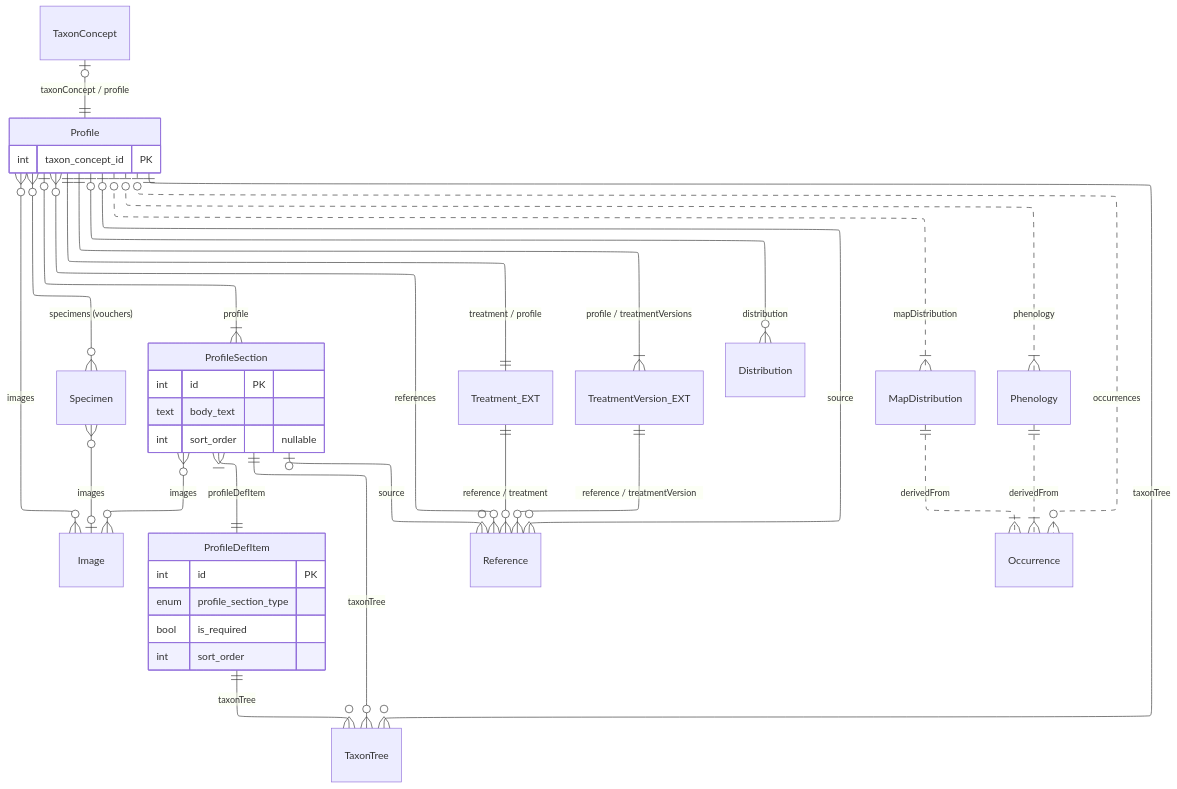
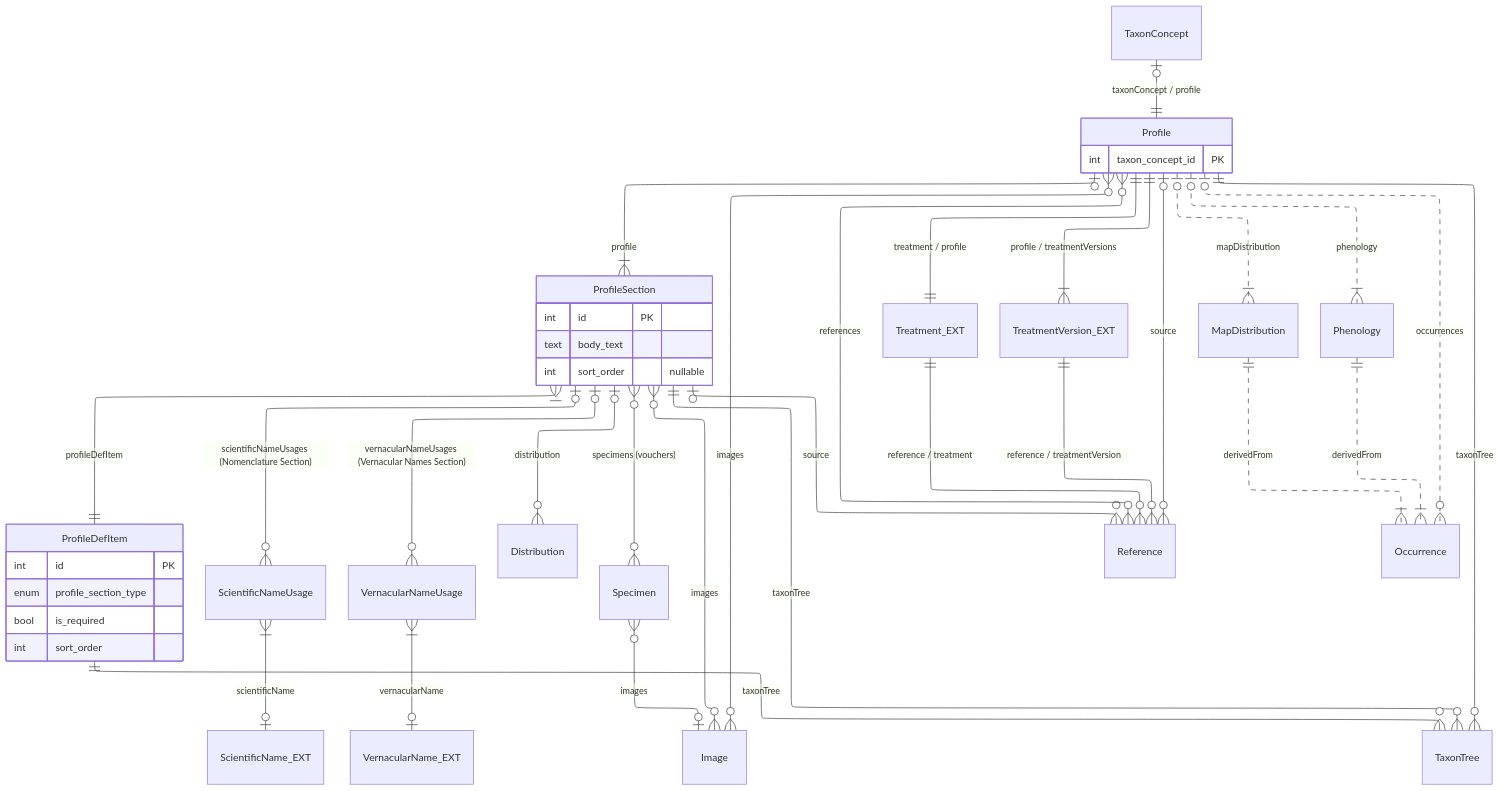
Before and after one commit to vicflora/vicflora-docs: the diagram in source/_mermaid/layer-5a-profile.mmd, drawn with Mermaid. The commit also changed 5 other files, not shown here.

```diff
--- a/source/_mermaid/layer-5a-profile.mmd
+++ b/source/_mermaid/layer-5a-profile.mmd
@@ -1,60 +1,68 @@
 ---
 config:
     layout: elk
 ---
 erDiagram
   TaxonConcept |o--|| Profile : "taxonConcept / profile"
 
-  %% Vouchers
-  Profile }o--o{ Specimen : "specimens (vouchers)"
-
-  %% Media
-  Specimen }o--o| Image : "images"
-  Profile }o--o{ Image : "images"
-  ProfileSection }o--o{ Image : "images"
-
   %% Sections
   Profile |o--|{ ProfileSection : "profile"
   ProfileSection }|--|| ProfileDefItem : "profileDefItem"
+
+  %% Nomenclature
+  ProfileSection |o--o{ ScientificNameUsage : "scientificNameUsages (Nomenclature Section)"
+  ScientificNameUsage }|--o| ScientificName_EXT : "scientificName"
+
+  %% Vernacular names
+  ProfileSection |o--o{ VernacularNameUsage : "vernacularNameUsages (Vernacular Names Section)"
+  VernacularNameUsage }|--o| VernacularName_EXT : "vernacularName"
+
+
+  %% Distribution
+  ProfileSection |o--o{ Distribution : "distribution"
+
+  %% Vouchers
+  ProfileSection }o--o{ Specimen : "specimens (vouchers)"
+  Specimen }o--o| Image : "images"
+
+  %% Media
+  Profile }o--o{ Image : "images"
+  ProfileSection }o--o{ Image : "images"
 
   %% References
   ProfileSection |o--o{ Reference : "source"
   Profile ||--|| Treatment_EXT : "treatment / profile"
   Treatment_EXT ||--o{ Reference : "reference / treatment" 
   Profile ||--|{ TreatmentVersion_EXT : "profile / treatmentVersions"
   TreatmentVersion_EXT ||--o{ Reference : "reference / treatmentVersion"
   Profile |o--o{ Reference : "source"
   Profile }o--o{ Reference : "references"
 
-  %% Distribution
-  Profile |o--o{ Distribution : "distribution"
+  %% Namespace
+  Profile ||--o{ TaxonTree : "taxonTree"
+  ProfileSection ||--o{ TaxonTree : "taxonTree"
+  ProfileDefItem ||--o{ TaxonTree : "taxonTree"
 
   %% Maps
-
   Profile |o..o{ Occurrence : "occurrences"
   Profile |o..|{ MapDistribution : "mapDistribution"
   Profile |o..|{ Phenology : "phenology"
   MapDistribution ||..|{ Occurrence : "derivedFrom"
   Phenology ||..|{ Occurrence : "derivedFrom"
-
-  %% Namespace
-  Profile ||--o{ TaxonTree : "taxonTree"
-  ProfileSection ||--o{ TaxonTree : "taxonTree"
-  ProfileDefItem ||--o{ TaxonTree : "taxonTree"
 
   Profile {
     int taxon_concept_id PK
   }
 
   ProfileDefItem {
     int id PK
     enum profile_section_type
     bool is_required
     int sort_order
   }
 
   ProfileSection {
     int id PK
     text body_text
     int sort_order "nullable"
   }
```
